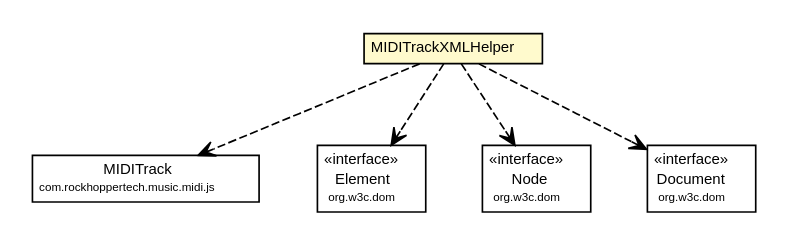
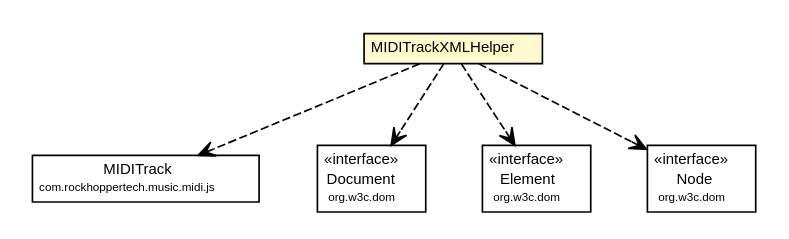
The diagram in apidocs/com/rockhoppertech/music/midi/js/xml/MIDITrackXMLHelper.dot (genedelisa/rockymusic), drawn with Graphviz before and after one commit. The commit also changed 702 other files, not shown here.

```diff
--- a/apidocs/com/rockhoppertech/music/midi/js/xml/MIDITrackXMLHelper.dot
+++ b/apidocs/com/rockhoppertech/music/midi/js/xml/MIDITrackXMLHelper.dot
@@ -1,57 +1,57 @@
 #!/usr/local/bin/dot
 #
 # Class diagram 
 # Generated by UMLGraph version R5_6-24-gf6e263 (http://www.umlgraph.org/)
 #
 
 digraph G {
 	edge [fontname="Helvetica",fontsize=10,labelfontname="Helvetica",labelfontsize=10];
 	node [fontname="Helvetica",fontsize=10,shape=plaintext];
 	nodesep=0.25;
 	ranksep=0.5;
 	// com.rockhoppertech.music.midi.js.MIDITrack
 	c3941 [label=<<table title="com.rockhoppertech.music.midi.js.MIDITrack" border="0" cellborder="1" cellspacing="0" cellpadding="2" port="p" href="../MIDITrack.html">
 		<tr><td><table border="0" cellspacing="0" cellpadding="1">
 <tr><td align="center" balign="center"> MIDITrack </td></tr>
 <tr><td align="center" balign="center"><font point-size="7.0"> com.rockhoppertech.music.midi.js </font></td></tr>
 		</table></td></tr>
 		</table>>, URL="../MIDITrack.html", fontname="Helvetica", fontcolor="black", fontsize=9.0];
 	// com.rockhoppertech.music.midi.js.xml.MIDITrackXMLHelper
 	c3953 [label=<<table title="com.rockhoppertech.music.midi.js.xml.MIDITrackXMLHelper" border="0" cellborder="1" cellspacing="0" cellpadding="2" port="p" bgcolor="lemonChiffon" href="./MIDITrackXMLHelper.html">
 		<tr><td><table border="0" cellspacing="0" cellpadding="1">
 <tr><td align="center" balign="center"> MIDITrackXMLHelper </td></tr>
 		</table></td></tr>
 		</table>>, URL="./MIDITrackXMLHelper.html", fontname="Helvetica", fontcolor="black", fontsize=9.0];
+	// com.rockhoppertech.music.midi.js.xml.MIDITrackXMLHelper DEPEND org.w3c.dom.Document
+	c3953:p -> c3978:p [taillabel="", label="", headlabel="", fontname="Helvetica", fontcolor="black", fontsize=10.0, color="black", arrowhead=open, style=dashed];
 	// com.rockhoppertech.music.midi.js.xml.MIDITrackXMLHelper DEPEND org.w3c.dom.Element
-	c3953:p -> c3978:p [taillabel="", label="", headlabel="", fontname="Helvetica", fontcolor="black", fontsize=10.0, color="black", arrowhead=open, style=dashed];
+	c3953:p -> c3979:p [taillabel="", label="", headlabel="", fontname="Helvetica", fontcolor="black", fontsize=10.0, color="black", arrowhead=open, style=dashed];
 	// com.rockhoppertech.music.midi.js.xml.MIDITrackXMLHelper DEPEND com.rockhoppertech.music.midi.js.MIDITrack
 	c3953:p -> c3941:p [taillabel="", label="", headlabel="", fontname="Helvetica", fontcolor="black", fontsize=10.0, color="black", arrowhead=open, style=dashed];
 	// com.rockhoppertech.music.midi.js.xml.MIDITrackXMLHelper DEPEND org.w3c.dom.Node
-	c3953:p -> c3979:p [taillabel="", label="", headlabel="", fontname="Helvetica", fontcolor="black", fontsize=10.0, color="black", arrowhead=open, style=dashed];
-	// com.rockhoppertech.music.midi.js.xml.MIDITrackXMLHelper DEPEND org.w3c.dom.Document
 	c3953:p -> c3980:p [taillabel="", label="", headlabel="", fontname="Helvetica", fontcolor="black", fontsize=10.0, color="black", arrowhead=open, style=dashed];
 	// org.w3c.dom.Element
-	c3978 [label=<<table title="org.w3c.dom.Element" border="0" cellborder="1" cellspacing="0" cellpadding="2" port="p" href="http://docs.oracle.com/javase/7/docs/api/org/w3c/dom/Element.html">
+	c3979 [label=<<table title="org.w3c.dom.Element" border="0" cellborder="1" cellspacing="0" cellpadding="2" port="p" href="http://docs.oracle.com/javase/7/docs/api/org/w3c/dom/Element.html">
 		<tr><td><table border="0" cellspacing="0" cellpadding="1">
 <tr><td align="center" balign="center"> &#171;interface&#187; </td></tr>
 <tr><td align="center" balign="center"> Element </td></tr>
 <tr><td align="center" balign="center"><font point-size="7.0"> org.w3c.dom </font></td></tr>
 		</table></td></tr>
 		</table>>, URL="http://docs.oracle.com/javase/7/docs/api/org/w3c/dom/Element.html", fontname="Helvetica", fontcolor="black", fontsize=9.0];
 	// org.w3c.dom.Document
-	c3980 [label=<<table title="org.w3c.dom.Document" border="0" cellborder="1" cellspacing="0" cellpadding="2" port="p" href="http://docs.oracle.com/javase/7/docs/api/org/w3c/dom/Document.html">
+	c3978 [label=<<table title="org.w3c.dom.Document" border="0" cellborder="1" cellspacing="0" cellpadding="2" port="p" href="http://docs.oracle.com/javase/7/docs/api/org/w3c/dom/Document.html">
 		<tr><td><table border="0" cellspacing="0" cellpadding="1">
 <tr><td align="center" balign="center"> &#171;interface&#187; </td></tr>
 <tr><td align="center" balign="center"> Document </td></tr>
 <tr><td align="center" balign="center"><font point-size="7.0"> org.w3c.dom </font></td></tr>
 		</table></td></tr>
 		</table>>, URL="http://docs.oracle.com/javase/7/docs/api/org/w3c/dom/Document.html", fontname="Helvetica", fontcolor="black", fontsize=9.0];
 	// org.w3c.dom.Node
-	c3979 [label=<<table title="org.w3c.dom.Node" border="0" cellborder="1" cellspacing="0" cellpadding="2" port="p" href="http://docs.oracle.com/javase/7/docs/api/org/w3c/dom/Node.html">
+	c3980 [label=<<table title="org.w3c.dom.Node" border="0" cellborder="1" cellspacing="0" cellpadding="2" port="p" href="http://docs.oracle.com/javase/7/docs/api/org/w3c/dom/Node.html">
 		<tr><td><table border="0" cellspacing="0" cellpadding="1">
 <tr><td align="center" balign="center"> &#171;interface&#187; </td></tr>
 <tr><td align="center" balign="center"> Node </td></tr>
 <tr><td align="center" balign="center"><font point-size="7.0"> org.w3c.dom </font></td></tr>
 		</table></td></tr>
 		</table>>, URL="http://docs.oracle.com/javase/7/docs/api/org/w3c/dom/Node.html", fontname="Helvetica", fontcolor="black", fontsize=9.0];
 }
```
